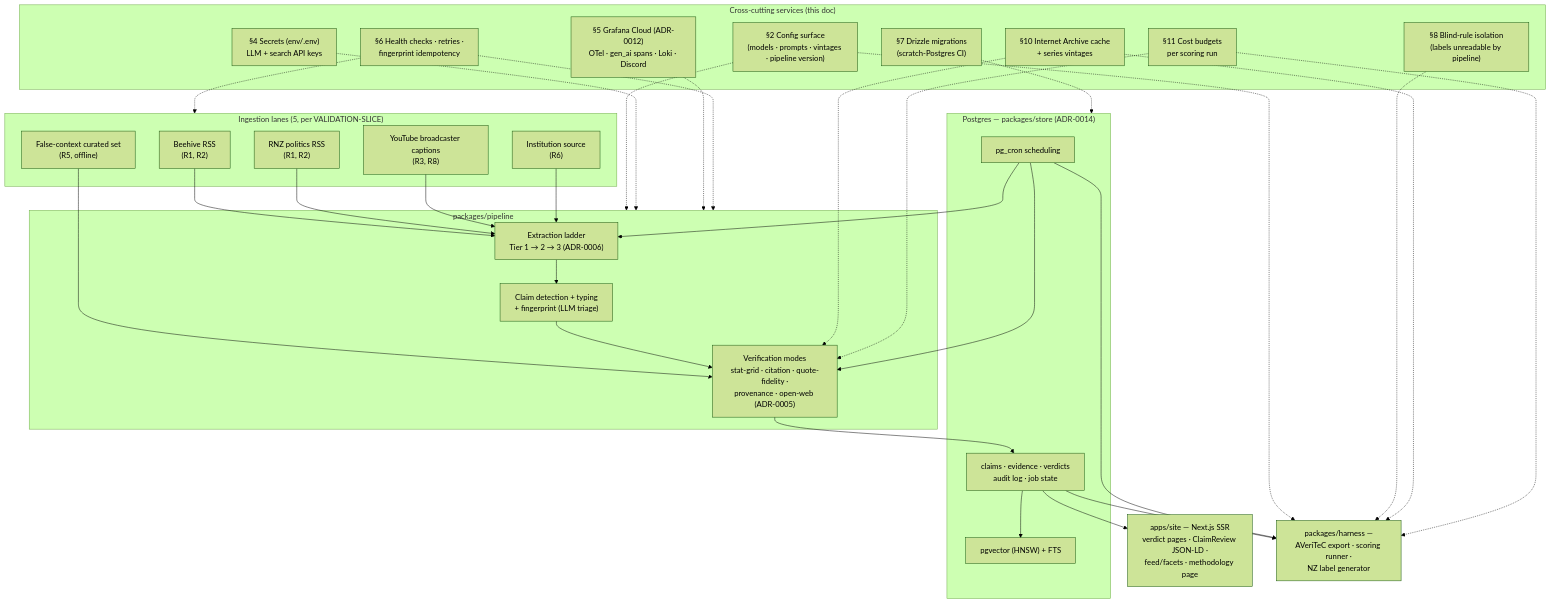
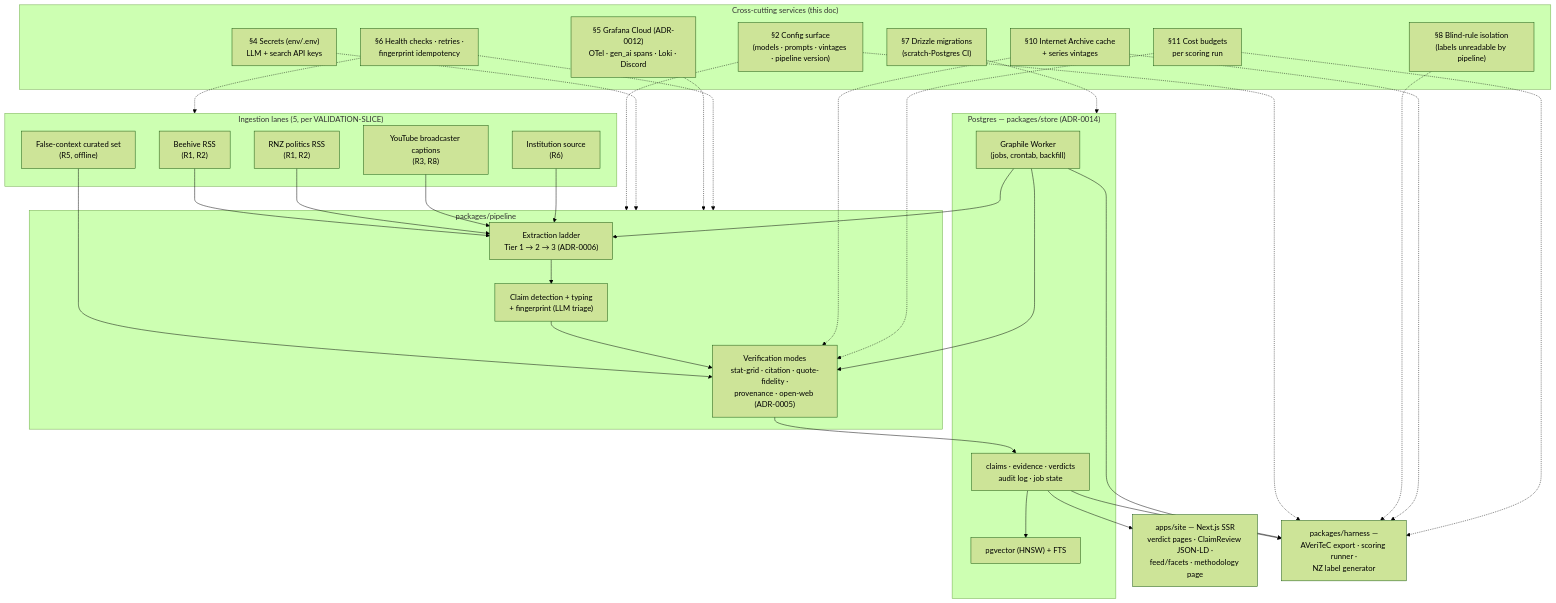
The diagram in docs/design/CROSS-CUTTING.md (bradleyscott/claimwatch-nz), drawn with Mermaid (forest theme) before and after one commit. The commit also changed other lines of this file and 2 other files, not shown here.

First line of the commit message:
docs: drop pg_cron — Graphile Worker schedules and executes

````diff
--- a/docs/design/CROSS-CUTTING.md
+++ b/docs/design/CROSS-CUTTING.md
@@ -9,63 +9,63 @@
 ```mermaid
 flowchart TB
     subgraph LANES["Ingestion lanes (5, per VALIDATION-SLICE)"]
         BEEHIVE["Beehive RSS<br/>(R1, R2)"]
         RNZ["RNZ politics RSS<br/>(R1, R2)"]
         YT["YouTube broadcaster captions<br/>(R3, R8)"]
         INST["Institution source<br/>(R6)"]
         FC["False-context curated set<br/>(R5, offline)"]
     end
 
     subgraph PIPE["packages/pipeline"]
         LADDER["Extraction ladder<br/>Tier 1 → 2 → 3 (ADR-0006)"]
         TRIAGE["Claim detection + typing<br/>+ fingerprint (LLM triage)"]
         MODES["Verification modes<br/>stat-grid · citation · quote-fidelity ·<br/>provenance · open-web (ADR-0005)"]
     end
 
     subgraph STORE["Postgres — packages/store (ADR-0014)"]
         CLAIMS["claims · evidence · verdicts<br/>audit log · job state"]
         IDX["pgvector (HNSW) + FTS"]
-        CRON["pg_cron scheduling"]
+        CRON["Graphile Worker<br/>(jobs, crontab, backfill)"]
     end
 
     SITE["apps/site — Next.js SSR<br/>verdict pages · ClaimReview JSON-LD ·<br/>feed/facets · methodology page"]
     HARNESS["packages/harness —<br/>AVeriTeC export · scoring runner ·<br/>NZ label generator"]
 
     subgraph XCROSS["Cross-cutting services (this doc)"]
         CONFIG["§2 Config surface<br/>(models · prompts · vintages · pipeline version)"]
         SECRETS["§4 Secrets (env/.env)<br/>LLM + search API keys"]
         GRAF["§5 Grafana Cloud (ADR-0012)<br/>OTel · gen_ai spans · Loki · Discord"]
         ERRH["§6 Health checks · retries ·<br/>fingerprint idempotency"]
         MIGR["§7 Drizzle migrations<br/>(scratch-Postgres CI)"]
         BLIND["§8 Blind-rule isolation<br/>(labels unreadable by pipeline)"]
         ARCHIVE["§10 Internet Archive cache<br/>+ series vintages"]
         BUDGET["§11 Cost budgets<br/>per scoring run"]
     end
 
     BEEHIVE --> LADDER
     RNZ --> LADDER
     YT --> LADDER
     INST --> LADDER
     FC --> MODES
     LADDER --> TRIAGE --> MODES
     MODES --> CLAIMS
     CLAIMS --> IDX
     CLAIMS --> SITE
     CLAIMS --> HARNESS
     CRON --> LADDER
     CRON --> MODES
     CRON --> HARNESS
 
     CONFIG -.-> PIPE
     CONFIG -.-> HARNESS
     SECRETS -.-> PIPE
     GRAF -.-> PIPE
     ERRH -.-> LANES
     ERRH -.-> PIPE
     MIGR -.-> STORE
     BLIND -.-> HARNESS
     ARCHIVE -.-> MODES
     ARCHIVE -.-> HARNESS
     BUDGET -.-> HARNESS
     BUDGET -.-> MODES
 ```
````
